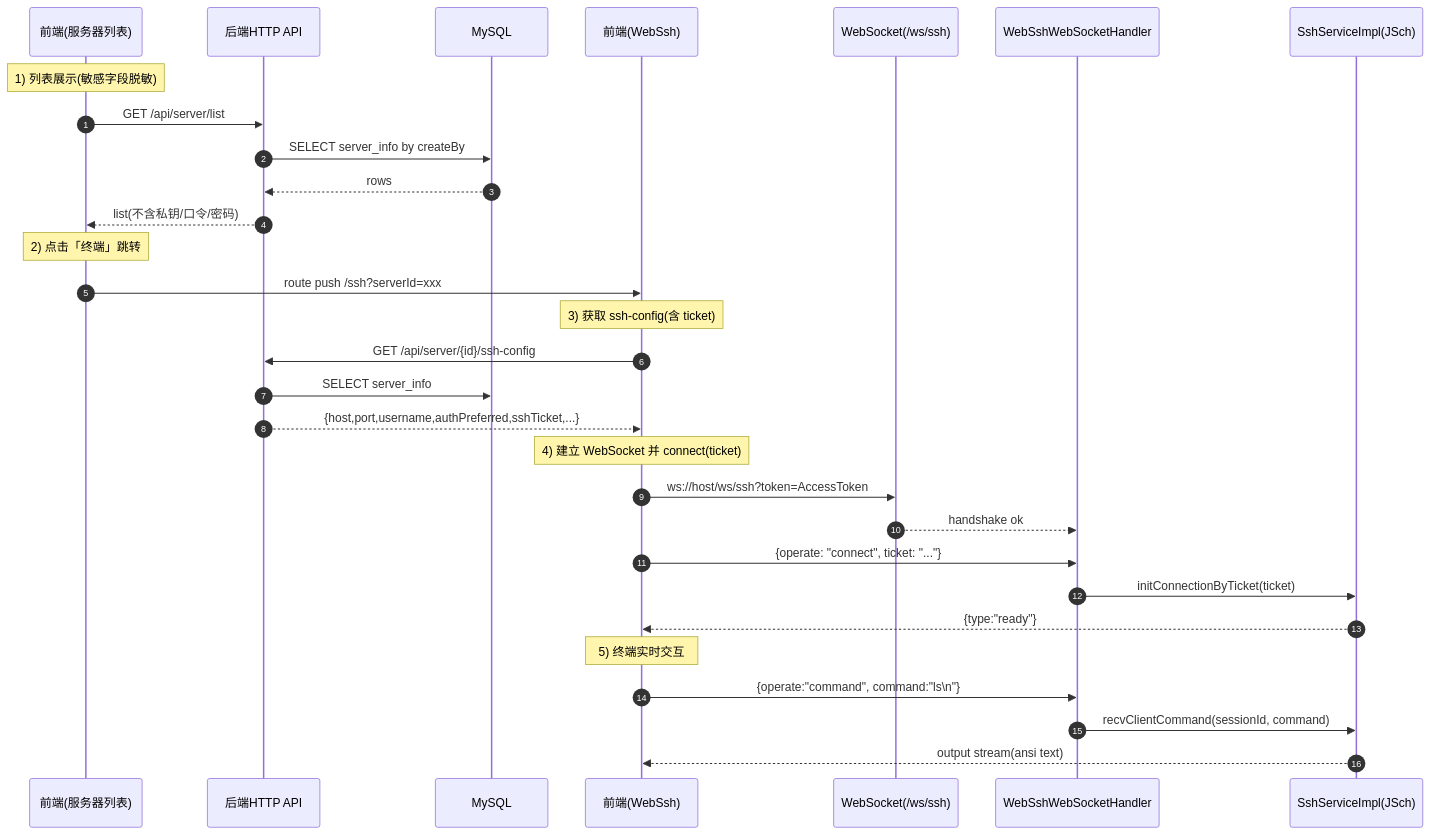
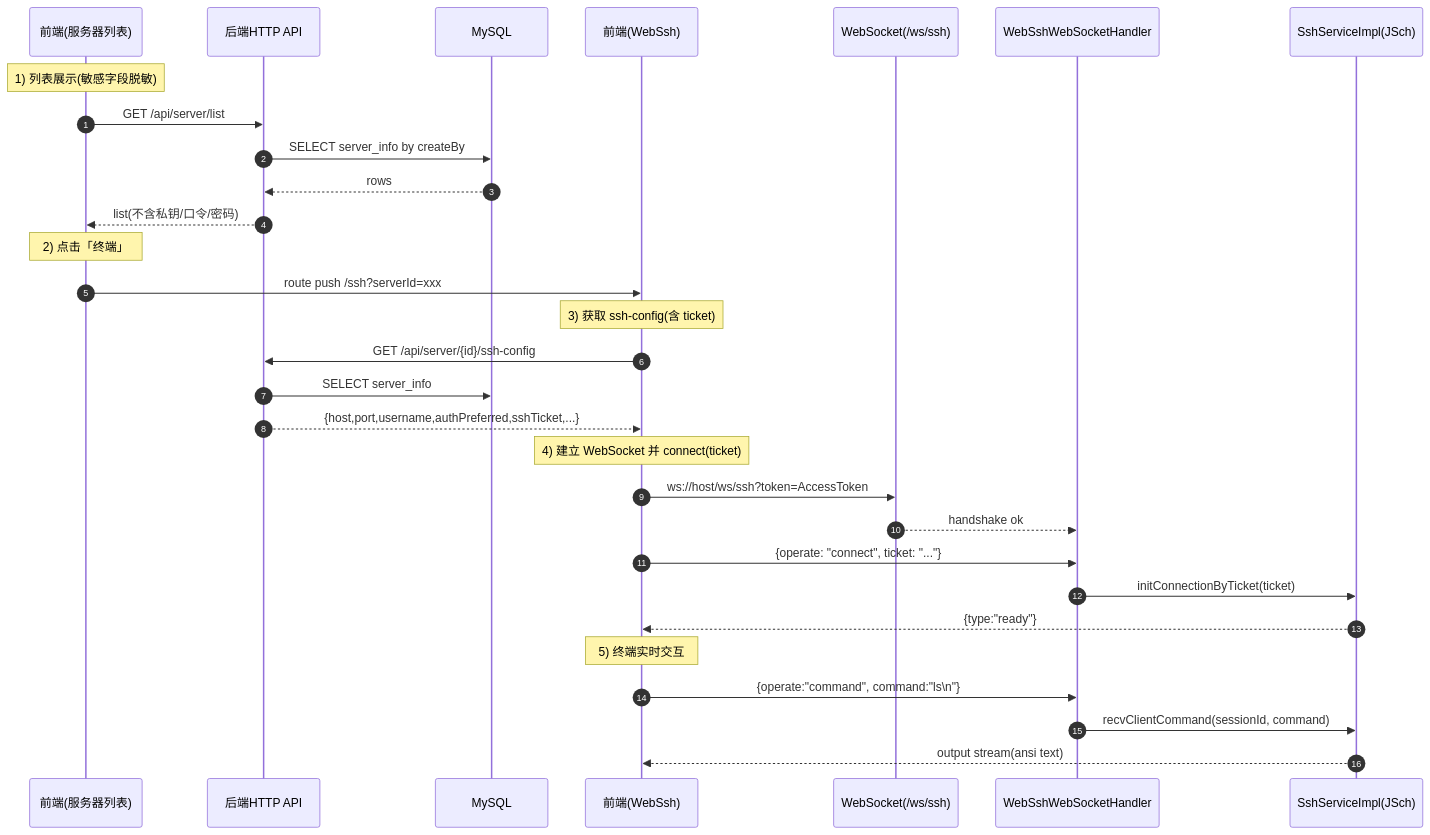
Before and after one commit to ouyangxu66/GraduationProject-ServerMonitor: the diagram in monitor-project/WebSSH_SERVERMANAGE-MODULE.md, drawn with Mermaid. The commit also changed other lines of this file and 2 other files, not shown here.

````diff
--- a/monitor-project/WebSSH_SERVERMANAGE-MODULE.md
+++ b/monitor-project/WebSSH_SERVERMANAGE-MODULE.md
@@ -51,38 +68,38 @@
 ```mermaid
 sequenceDiagram
     autonumber
     participant UI as 前端(服务器列表)
     participant API as 后端HTTP API
     participant DB as MySQL
     participant SSHUI as 前端(WebSsh)
     participant WS as WebSocket(/ws/ssh)
     participant H as WebSshWebSocketHandler
     participant S as SshServiceImpl(JSch)
 
     Note over UI: 1) 列表展示(敏感字段脱敏)
     UI->>API: GET /api/server/list
     API->>DB: SELECT server_info by createBy
     DB-->>API: rows
     API-->>UI: list(不含私钥/口令/密码)
 
-    Note over UI: 2) 点击「终端」跳转
+    Note over UI: 2) 点击「终端」
     UI->>SSHUI: route push /ssh?serverId=xxx
 
     Note over SSHUI: 3) 获取 ssh-config(含 ticket)
     SSHUI->>API: GET /api/server/{id}/ssh-config
     API->>DB: SELECT server_info
     API-->>SSHUI: {host,port,username,authPreferred,sshTicket,...}
 
     Note over SSHUI: 4) 建立 WebSocket 并 connect(ticket)
     SSHUI->>WS: ws://host/ws/ssh?token=AccessToken
     WS-->>H: handshake ok
     SSHUI->>H: {operate: "connect", ticket: "..."}
 
     H->>S: initConnectionByTicket(ticket)
     S-->>SSHUI: {type:"ready"}
 
     Note over SSHUI: 5) 终端实时交互
     SSHUI->>H: {operate:"command", command:"ls\n"}
     H->>S: recvClientCommand(sessionId, command)
     S-->>SSHUI: output stream(ansi text)
 ```
````
